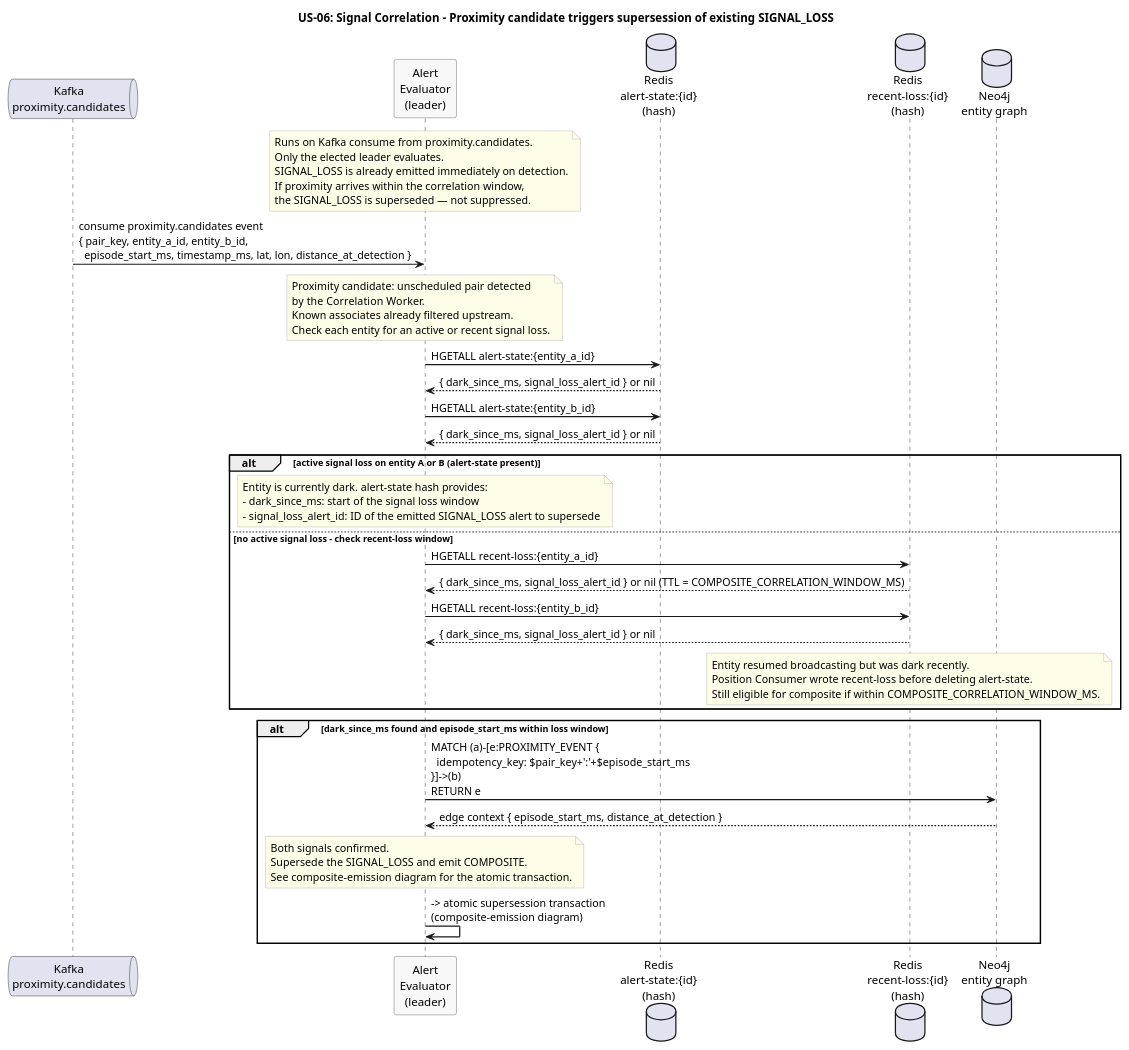
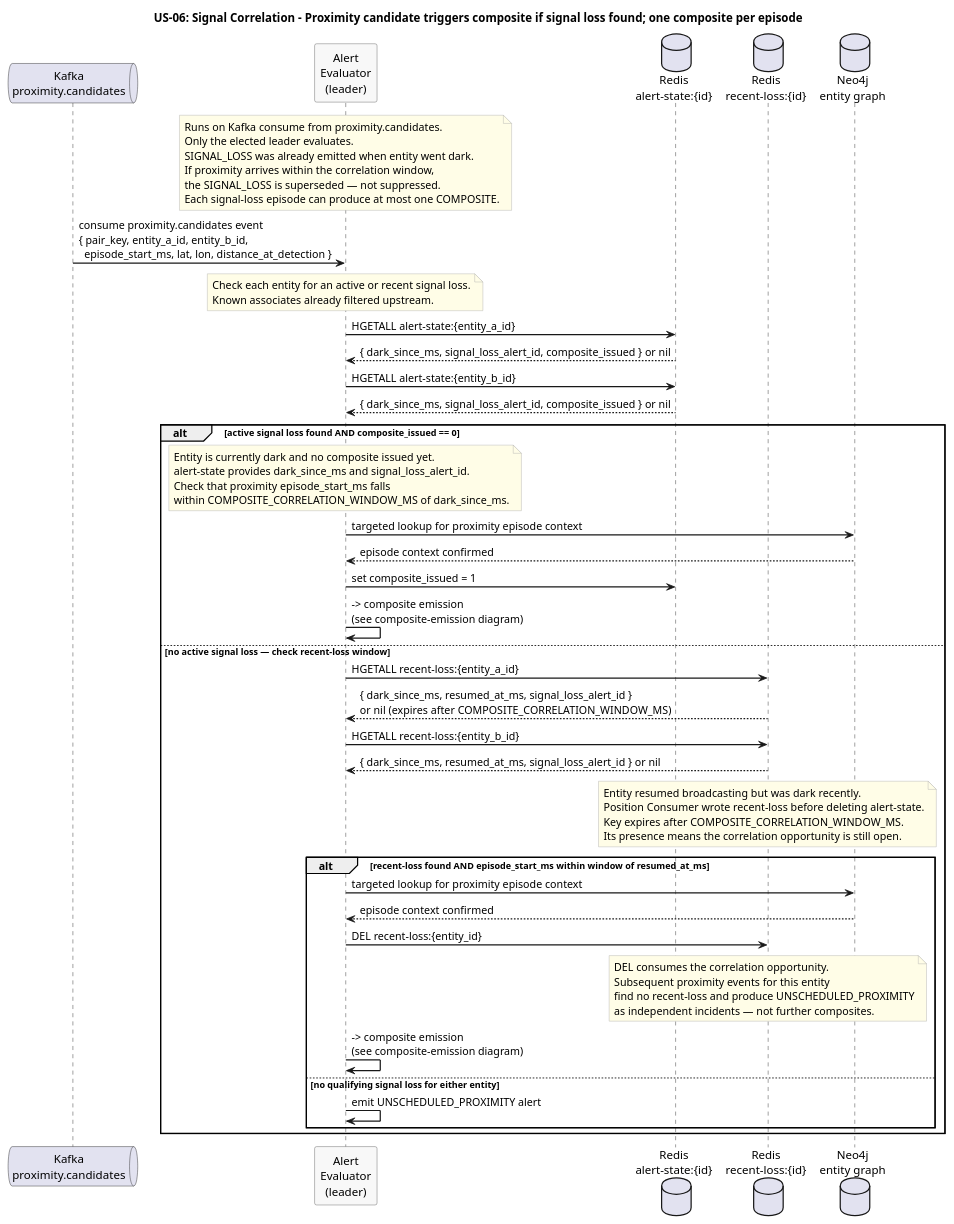
Before and after one commit to Buffden/sentinel: the diagram in docs/use-cases/US-06-composite-alert/signal-correlation.puml, drawn with PlantUML. The commit also changed 22 other files, not shown here.

```diff
--- a/docs/use-cases/US-06-composite-alert/signal-correlation.puml
+++ b/docs/use-cases/US-06-composite-alert/signal-correlation.puml
@@ -1,72 +1,86 @@
 @startuml signal-correlation
-title US-06: Signal Correlation - Proximity candidate triggers supersession of existing SIGNAL_LOSS
+title US-06: Signal Correlation - Proximity candidate triggers composite if signal loss found; one composite per episode
 
 skinparam sequenceArrowThickness 1.5
 skinparam participantBorderColor #555555
 skinparam participantBackgroundColor #F8F8F8
 skinparam noteBorderColor #AAAAAA
 skinparam noteBackgroundColor #FFFDE7
 
 queue "Kafka\nproximity.candidates" as ProxKafka
 participant "Alert\nEvaluator\n(leader)" as Evaluator
-database "Redis\nalert-state:{id}\n(hash)" as AlertState
-database "Redis\nrecent-loss:{id}\n(hash)" as RecentLoss
+database "Redis\nalert-state:{id}" as AlertState
+database "Redis\nrecent-loss:{id}" as RecentLoss
 database "Neo4j\nentity graph" as Neo4j
 
 note over Evaluator
   Runs on Kafka consume from proximity.candidates.
   Only the elected leader evaluates.
-  SIGNAL_LOSS is already emitted immediately on detection.
+  SIGNAL_LOSS was already emitted when entity went dark.
   If proximity arrives within the correlation window,
   the SIGNAL_LOSS is superseded — not suppressed.
+  Each signal-loss episode can produce at most one COMPOSITE.
 end note
 
-ProxKafka -> Evaluator : consume proximity.candidates event\n{ pair_key, entity_a_id, entity_b_id,\n  episode_start_ms, timestamp_ms, lat, lon, distance_at_detection }
+ProxKafka -> Evaluator : consume proximity.candidates event\n{ pair_key, entity_a_id, entity_b_id,\n  episode_start_ms, lat, lon, distance_at_detection }
 
 note over Evaluator
-  Proximity candidate: unscheduled pair detected
-  by the Correlation Worker.
+  Check each entity for an active or recent signal loss.
   Known associates already filtered upstream.
-  Check each entity for an active or recent signal loss.
 end note
 
 Evaluator -> AlertState : HGETALL alert-state:{entity_a_id}
-AlertState --> Evaluator : { dark_since_ms, signal_loss_alert_id } or nil
+AlertState --> Evaluator : { dark_since_ms, signal_loss_alert_id, composite_issued } or nil
 
 Evaluator -> AlertState : HGETALL alert-state:{entity_b_id}
-AlertState --> Evaluator : { dark_since_ms, signal_loss_alert_id } or nil
+AlertState --> Evaluator : { dark_since_ms, signal_loss_alert_id, composite_issued } or nil
 
-alt active signal loss on entity A or B (alert-state present)
+alt active signal loss found AND composite_issued == 0
   note over Evaluator
-    Entity is currently dark. alert-state hash provides:
-    - dark_since_ms: start of the signal loss window
-    - signal_loss_alert_id: ID of the emitted SIGNAL_LOSS alert to supersede
+    Entity is currently dark and no composite issued yet.
+    alert-state provides dark_since_ms and signal_loss_alert_id.
+    Check that proximity episode_start_ms falls
+    within COMPOSITE_CORRELATION_WINDOW_MS of dark_since_ms.
   end note
-else no active signal loss - check recent-loss window
+
+  Evaluator -> Neo4j : targeted lookup for proximity episode context
+  Neo4j --> Evaluator : episode context confirmed
+
+  Evaluator -> AlertState : set composite_issued = 1
+  Evaluator -> Evaluator : -> composite emission\n(see composite-emission diagram)
+
+else no active signal loss — check recent-loss window
   Evaluator -> RecentLoss : HGETALL recent-loss:{entity_a_id}
-  RecentLoss --> Evaluator : { dark_since_ms, signal_loss_alert_id } or nil (TTL = COMPOSITE_CORRELATION_WINDOW_MS)
+  RecentLoss --> Evaluator : { dark_since_ms, resumed_at_ms, signal_loss_alert_id }\nor nil (expires after COMPOSITE_CORRELATION_WINDOW_MS)
 
   Evaluator -> RecentLoss : HGETALL recent-loss:{entity_b_id}
-  RecentLoss --> Evaluator : { dark_since_ms, signal_loss_alert_id } or nil
+  RecentLoss --> Evaluator : { dark_since_ms, resumed_at_ms, signal_loss_alert_id } or nil
 
   note over RecentLoss
     Entity resumed broadcasting but was dark recently.
     Position Consumer wrote recent-loss before deleting alert-state.
-    Still eligible for composite if within COMPOSITE_CORRELATION_WINDOW_MS.
-  end note
-end
-
-alt dark_since_ms found and episode_start_ms within loss window
-  Evaluator -> Neo4j : MATCH (a)-[e:PROXIMITY_EVENT {\n  idempotency_key: $pair_key+':'+$episode_start_ms\n}]->(b)\nRETURN e
-  Neo4j --> Evaluator : edge context { episode_start_ms, distance_at_detection }
-
-  note over Evaluator
-    Both signals confirmed.
-    Supersede the SIGNAL_LOSS and emit COMPOSITE.
-    See composite-emission diagram for the atomic transaction.
+    Key expires after COMPOSITE_CORRELATION_WINDOW_MS.
+    Its presence means the correlation opportunity is still open.
   end note
 
-  Evaluator -> Evaluator : -> atomic supersession transaction\n(composite-emission diagram)
+  alt recent-loss found AND episode_start_ms within window of resumed_at_ms
+    Evaluator -> Neo4j : targeted lookup for proximity episode context
+    Neo4j --> Evaluator : episode context confirmed
+
+    Evaluator -> RecentLoss : DEL recent-loss:{entity_id}
+
+    note over RecentLoss
+      DEL consumes the correlation opportunity.
+      Subsequent proximity events for this entity
+      find no recent-loss and produce UNSCHEDULED_PROXIMITY
+      as independent incidents — not further composites.
+    end note
+
+    Evaluator -> Evaluator : -> composite emission\n(see composite-emission diagram)
+
+  else no qualifying signal loss for either entity
+    Evaluator -> Evaluator : emit UNSCHEDULED_PROXIMITY alert
+  end
 end
 
 @enduml
```
